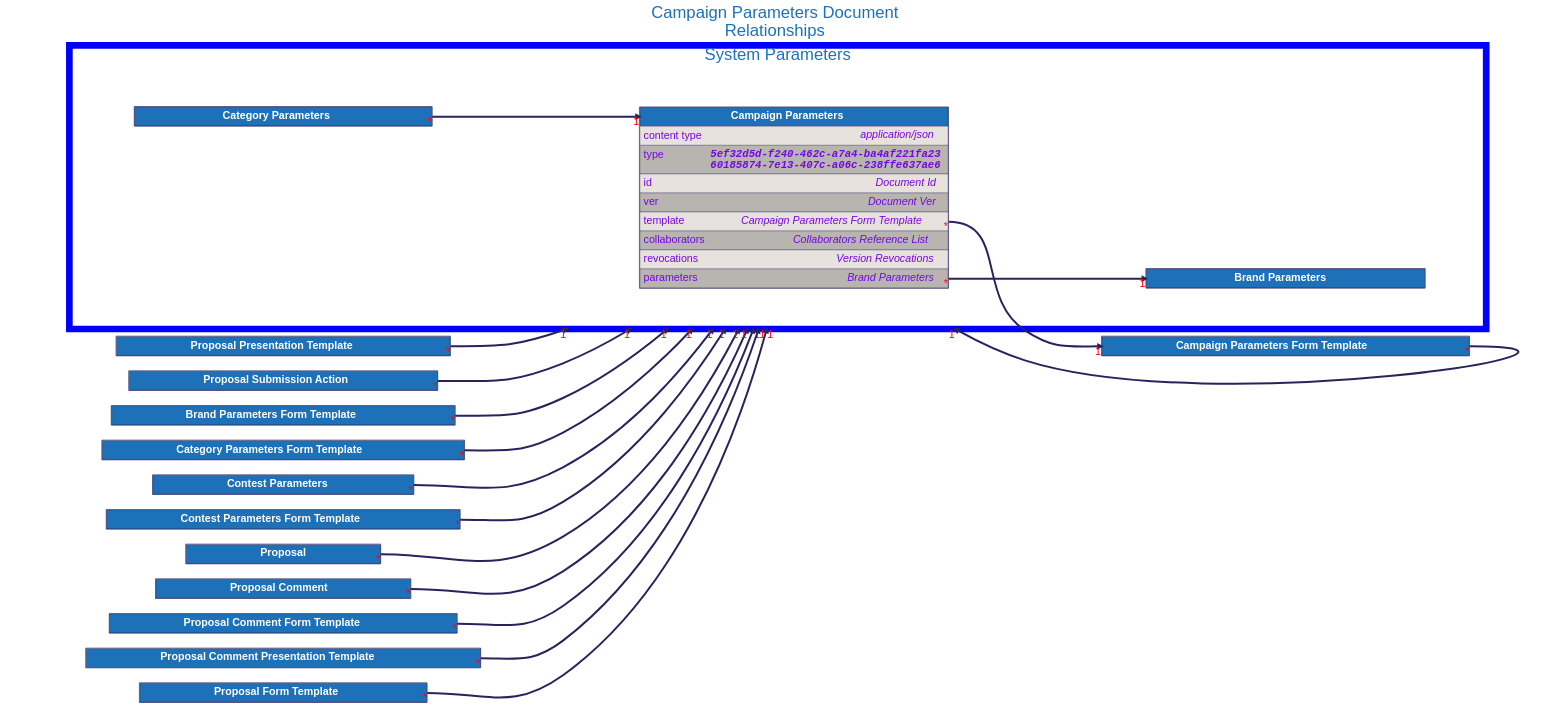
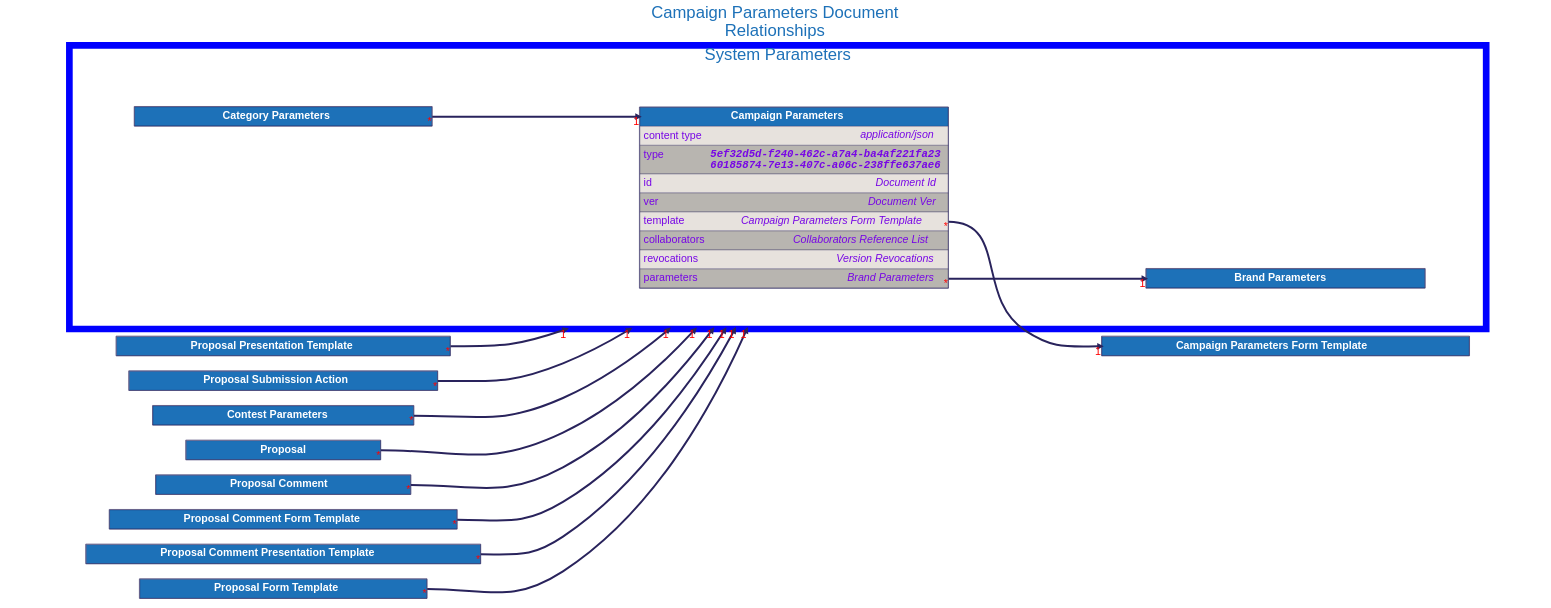
One commit to input-output-hk/catalyst-libs changed the diagram in docs/src/architecture/08_concepts/signed_doc/diagrams/campaign_parameters.dot. Above: the diagram before and after it, drawn with Graphviz. The commit also changed 15 other files, not shown here.

```diff
--- a/docs/src/architecture/08_concepts/signed_doc/diagrams/campaign_parameters.dot
+++ b/docs/src/architecture/08_concepts/signed_doc/diagrams/campaign_parameters.dot
@@ -28,36 +28,6 @@
     ];
 
 
-    "Brand Parameters Form Template" [
-        id="Brand Parameters Form Template";
-        label=<
-            <TABLE BORDER="2" COLOR="#29235c" CELLBORDER="1" CELLSPACING="0" CELLPADDING="10">
-            <TR>
-                <TD PORT="title" BGCOLOR="#1d71b8" HREF="../brand_parameters_form_template/">
-                    <FONT COLOR="#ffffff"><B> Brand Parameters Form Template </B></FONT>
-                </TD>
-            </TR>
-
-            </TABLE>
-        >
-    ];
-
-
-    "Category Parameters Form Template" [
-        id="Category Parameters Form Template";
-        label=<
-            <TABLE BORDER="2" COLOR="#29235c" CELLBORDER="1" CELLSPACING="0" CELLPADDING="10">
-            <TR>
-                <TD PORT="title" BGCOLOR="#1d71b8" HREF="../category_parameters_form_template/">
-                    <FONT COLOR="#ffffff"><B> Category Parameters Form Template </B></FONT>
-                </TD>
-            </TR>
-
-            </TABLE>
-        >
-    ];
-
-
     "Contest Parameters" [
         id="Contest Parameters";
         label=<
@@ -65,21 +35,6 @@
             <TR>
                 <TD PORT="title" BGCOLOR="#1d71b8" HREF="../contest_parameters/">
                     <FONT COLOR="#ffffff"><B> Contest Parameters </B></FONT>
-                </TD>
-            </TR>
-
-            </TABLE>
-        >
-    ];
-
-
-    "Contest Parameters Form Template" [
-        id="Contest Parameters Form Template";
-        label=<
-            <TABLE BORDER="2" COLOR="#29235c" CELLBORDER="1" CELLSPACING="0" CELLPADDING="10">
-            <TR>
-                <TD PORT="title" BGCOLOR="#1d71b8" HREF="../contest_parameters_form_template/">
-                    <FONT COLOR="#ffffff"><B> Contest Parameters Form Template </B></FONT>
                 </TD>
             </TR>
 
@@ -326,12 +281,8 @@
 
     "Campaign Parameters":"template":e -> "Campaign Parameters Form Template":"title":w [dir=forward, penwidth=6, color="#29235c", headlabel="1", taillabel="*"]
     "Campaign Parameters":"parameters":e -> "Brand Parameters":"title":w [dir=forward, penwidth=6, color="#29235c", headlabel="1", taillabel="*"]
-    "Brand Parameters Form Template":"title":e -> "Campaign Parameters" [dir=forward, penwidth=6, color="#29235c", headlabel="1", taillabel="*", lhead="cluster_system_parameters"]
-    "Campaign Parameters Form Template":"title":e -> "Campaign Parameters" [dir=forward, penwidth=6, color="#29235c", headlabel="1", taillabel="*", lhead="cluster_system_parameters"]
     "Category Parameters":"title":e -> "Campaign Parameters":"title":w [dir=forward, penwidth=6, color="#29235c", headlabel="1", taillabel="*"]
-    "Category Parameters Form Template":"title":e -> "Campaign Parameters" [dir=forward, penwidth=6, color="#29235c", headlabel="1", taillabel="*", lhead="cluster_system_parameters"]
     "Contest Parameters":"title":e -> "Campaign Parameters" [dir=forward, penwidth=6, color="#29235c", headlabel="1", taillabel="*", lhead="cluster_system_parameters"]
-    "Contest Parameters Form Template":"title":e -> "Campaign Parameters" [dir=forward, penwidth=6, color="#29235c", headlabel="1", taillabel="*", lhead="cluster_system_parameters"]
     "Proposal":"title":e -> "Campaign Parameters" [dir=forward, penwidth=6, color="#29235c", headlabel="1", taillabel="*", lhead="cluster_system_parameters"]
     "Proposal Comment":"title":e -> "Campaign Parameters" [dir=forward, penwidth=6, color="#29235c", headlabel="1", taillabel="*", lhead="cluster_system_parameters"]
     "Proposal Comment Form Template":"title":e -> "Campaign Parameters" [dir=forward, penwidth=6, color="#29235c", headlabel="1", taillabel="*", lhead="cluster_system_parameters"]
```
